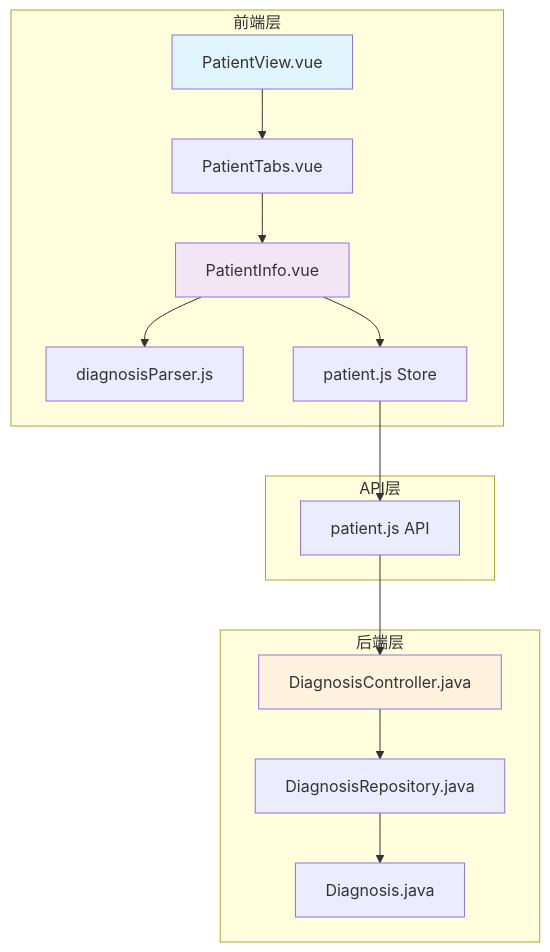
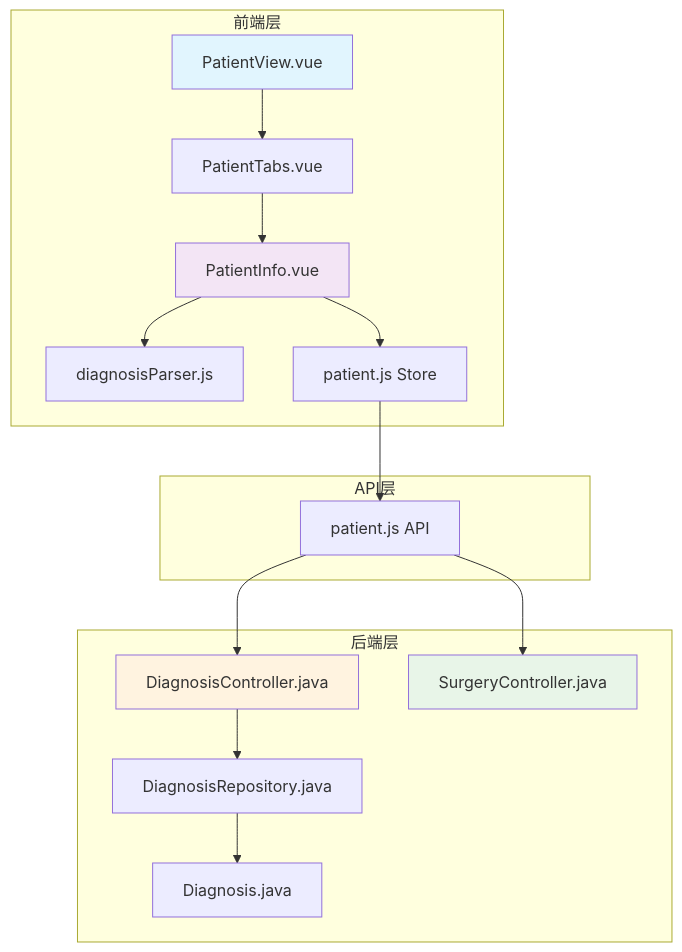
The first of 8 diagrams in .qoder/repowiki/zh/content/核心功能模块/诊断编辑面板增强.md (liuzh2008/med_ai_assistant_workspace), drawn with Mermaid before and after one commit. The commit also changed other lines of this file and 9 other files, not shown here.

````diff
--- a/.qoder/repowiki/zh/content/核心功能模块/诊断编辑面板增强.md
+++ b/.qoder/repowiki/zh/content/核心功能模块/诊断编辑面板增强.md
@@ -48,29 +54,32 @@
 ```mermaid
 graph TB
 subgraph "前端层"
 PV[PatientView.vue]
 PT[PatientTabs.vue]
 PI[PatientInfo.vue]
 DP[diagnosisParser.js]
 PS[patient.js Store]
 end
 subgraph "API层"
 PA[patient.js API]
 end
 subgraph "后端层"
 DC[DiagnosisController.java]
 DR[DiagnosisRepository.java]
 DM[Diagnosis.java]
+SC[SurgeryController.java]
 end
 PV --> PT
 PT --> PI
 PI --> DP
 PI --> PS
 PS --> PA
 PA --> DC
+PA --> SC
 DC --> DR
 DR --> DM
 style PV fill:#e1f5fe
 style PI fill:#f3e5f5
 style DC fill:#fff3e0
+style SC fill:#e8f5e8
 ```
````
